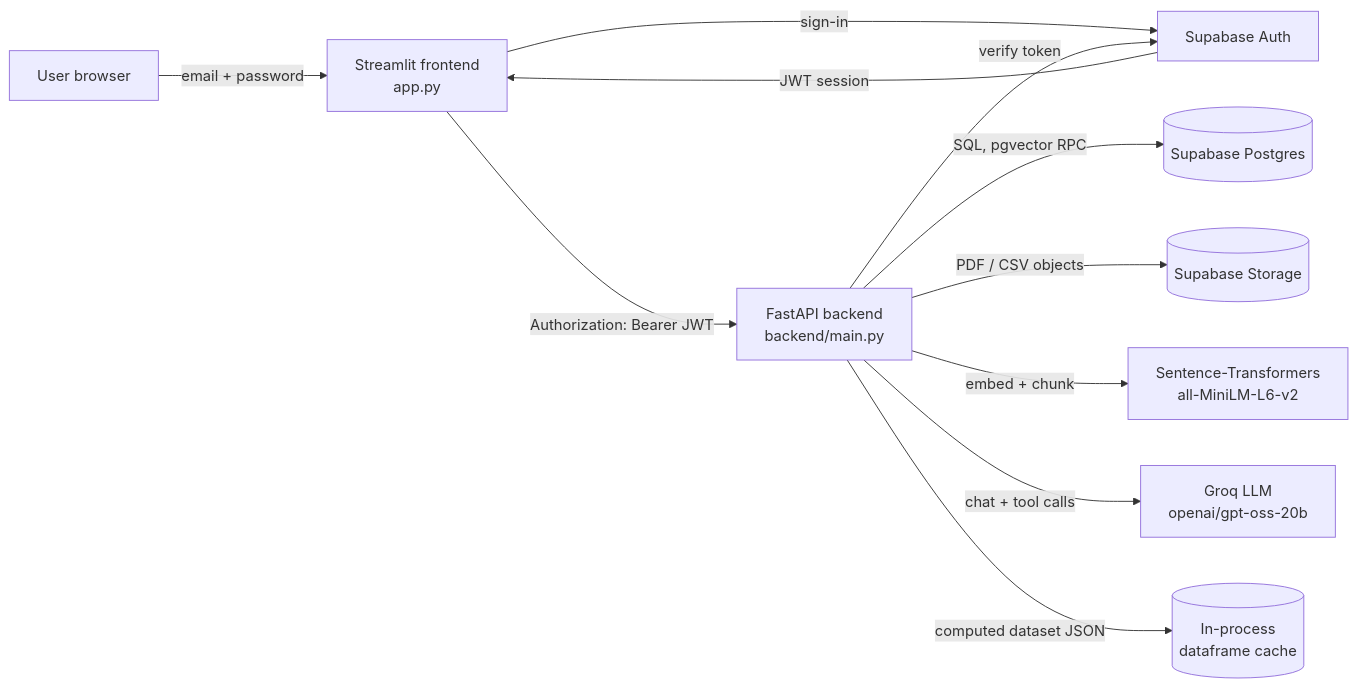
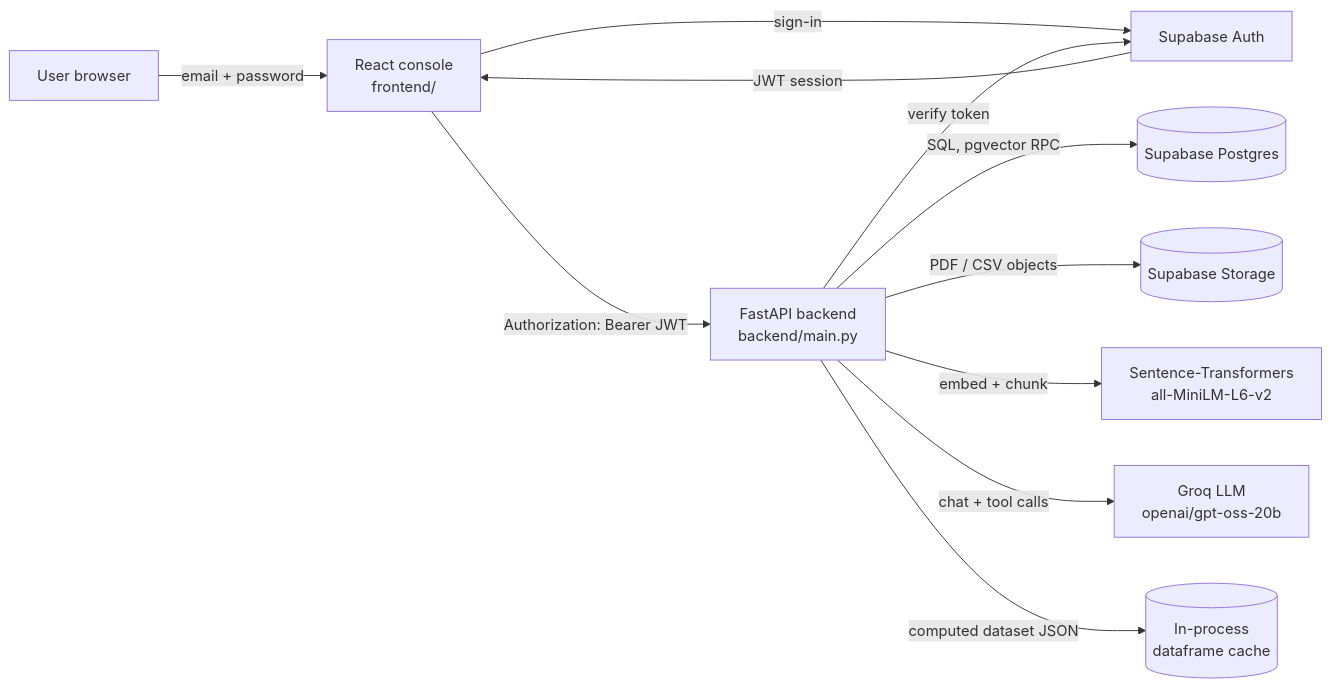
Before and after one commit to kuntalbhadrardx/insightforge: the diagram in README.md, drawn with Mermaid. The commit also changed other lines of this file and 15 other files, not shown here.

````diff
--- a/README.md
+++ b/README.md
@@ -34,13 +34,13 @@
 ```mermaid
 flowchart LR
-    U[User browser] -->|email + password| S[Streamlit frontend<br/>app.py]
+    U[User browser] -->|email + password| S[React console<br/>frontend/]
     S -->|sign-in| GA[Supabase Auth]
     GA -->|JWT session| S
     S -->|Authorization: Bearer JWT| API[FastAPI backend<br/>backend/main.py]
     API -->|verify token| GA
     API -->|SQL, pgvector RPC| PG[(Supabase Postgres)]
     API -->|PDF / CSV objects| ST[(Supabase Storage)]
     API -->|embed + chunk| ML[Sentence-Transformers<br/>all-MiniLM-L6-v2]
     API -->|chat + tool calls| GQ[Groq LLM<br/>openai/gpt-oss-20b]
     API -->|computed dataset JSON| MEM[(In-process<br/>dataframe cache)]
 ```
````
